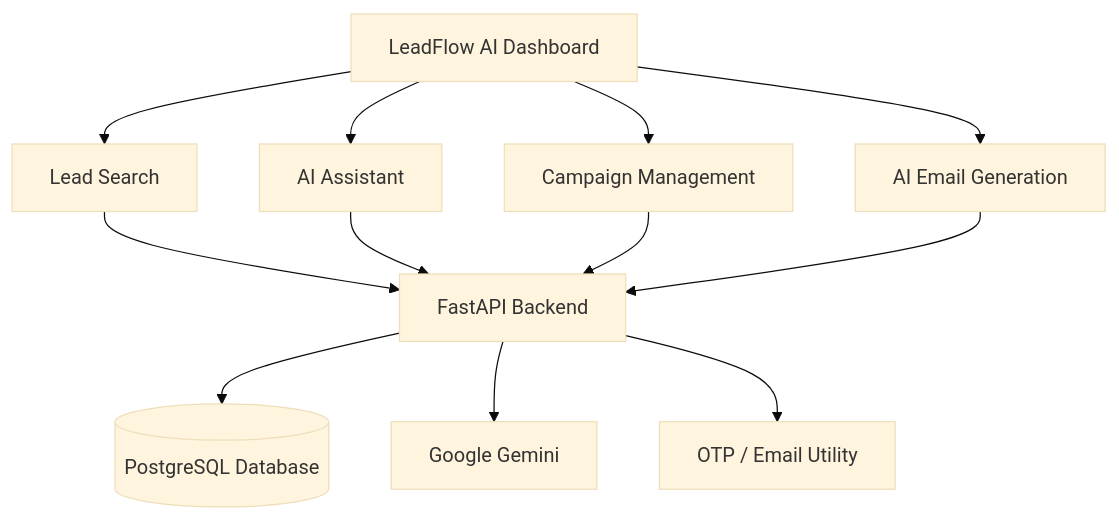
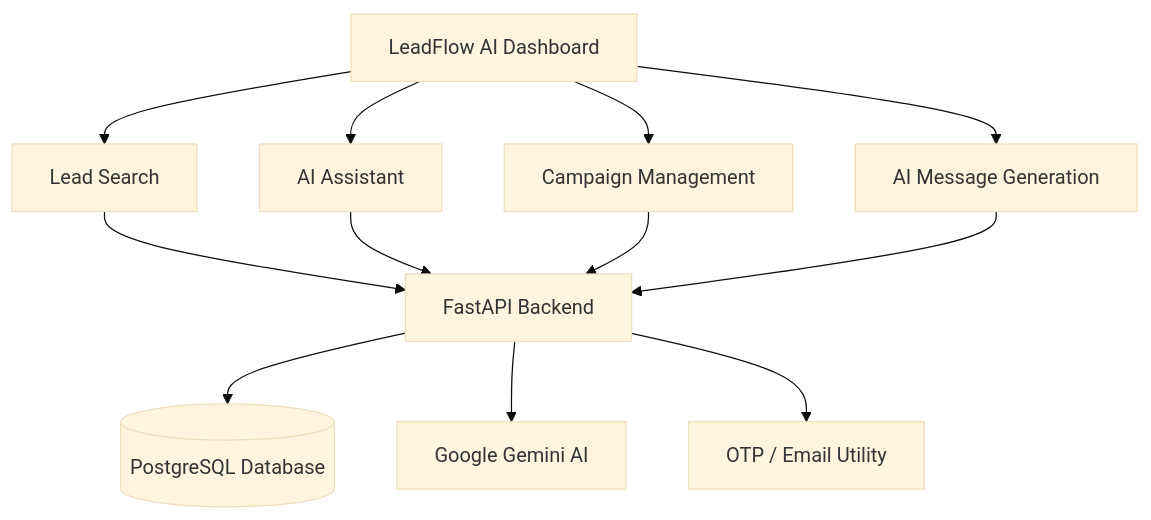
One commit to keerthanaraja7972007/LeadFlow-AI changed the diagram in README.md. Above: the diagram before and after it, drawn with Mermaid (base theme). The commit also changed other lines of this file, not shown here.

Commit message:
ReadMe Updated for LeadFlow AI

````diff
--- a/README.md
+++ b/README.md
@@ -267,16 +344,18 @@
 ```mermaid
 flowchart TD
-    A["LeadFlow AI Dashboard"] --> B["Lead Search"]
+    A["LeadFlow AI Dashboard"]
+
+    A --> B["Lead Search"]
     A --> C["AI Assistant"]
     A --> D["Campaign Management"]
-    A --> E["AI Email Generation"]
+    A --> E["AI Message Generation"]
 
     B --> F["FastAPI Backend"]
     C --> F
     D --> F
     E --> F
 
     F --> G[("PostgreSQL Database")]
-    F --> H["Google Gemini"]
+    F --> H["Google Gemini AI"]
     F --> I["OTP / Email Utility"]
 ```
````
